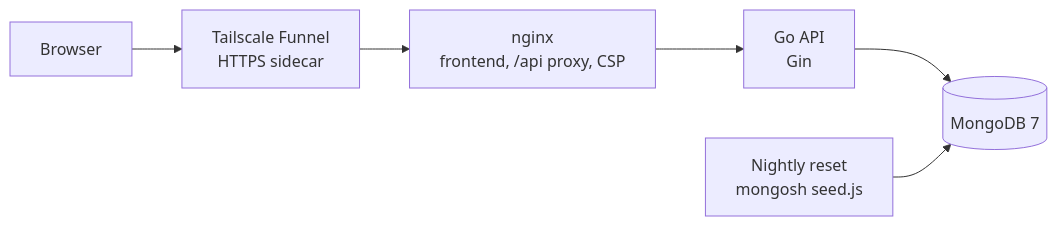
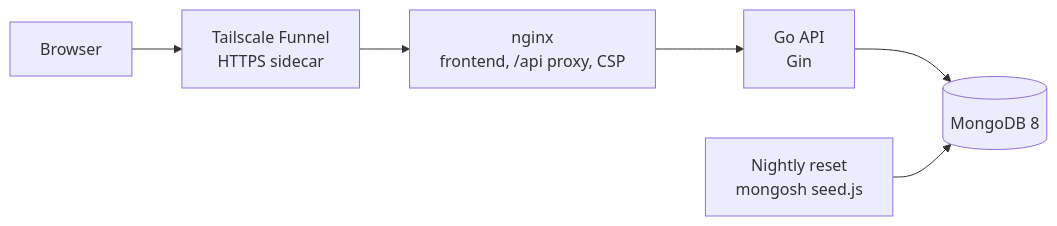
The first of 2 diagrams in README.md (AkosKappel/wac), drawn with Mermaid before and after one commit. The commit also changed 3 other files, not shown here.

````diff
--- a/README.md
+++ b/README.md
@@ -20,8 +20,8 @@
 ```mermaid
 flowchart LR
   browser[Browser] --> funnel[Tailscale Funnel<br/>HTTPS sidecar]
   funnel --> nginx[nginx<br/>frontend, /api proxy, CSP]
   nginx --> api[Go API<br/>Gin]
-  api --> mongo[(MongoDB 7)]
+  api --> mongo[(MongoDB 8)]
   reset[Nightly reset<br/>mongosh seed.js] --> mongo
 ```
````
